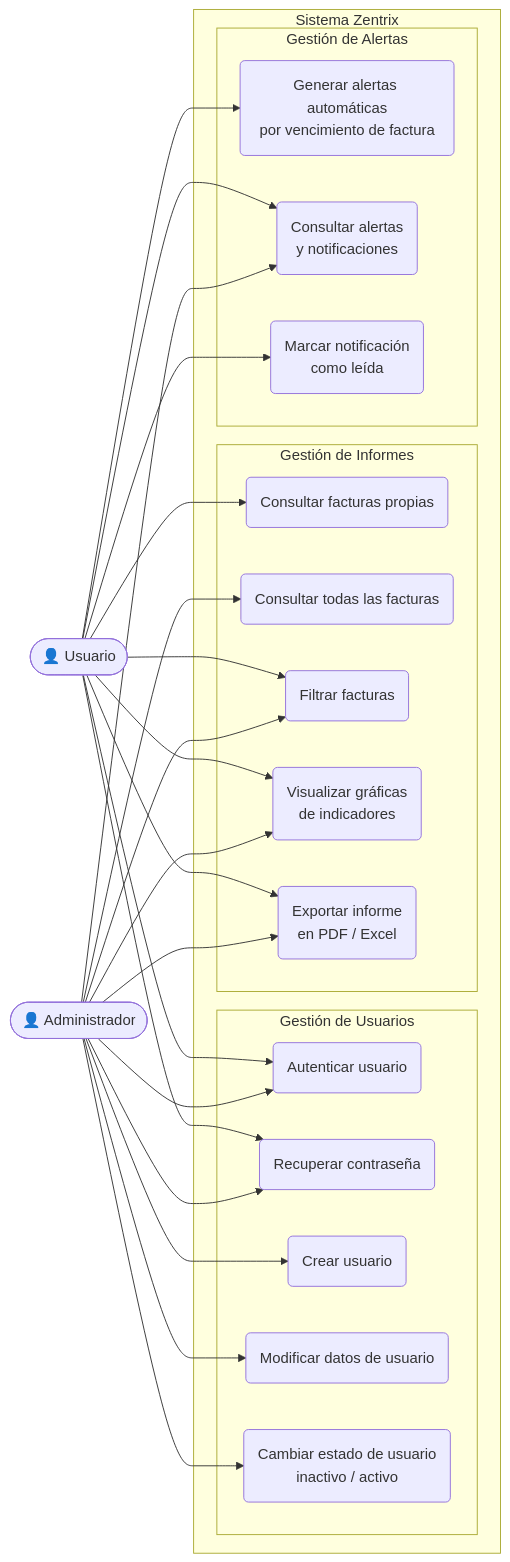
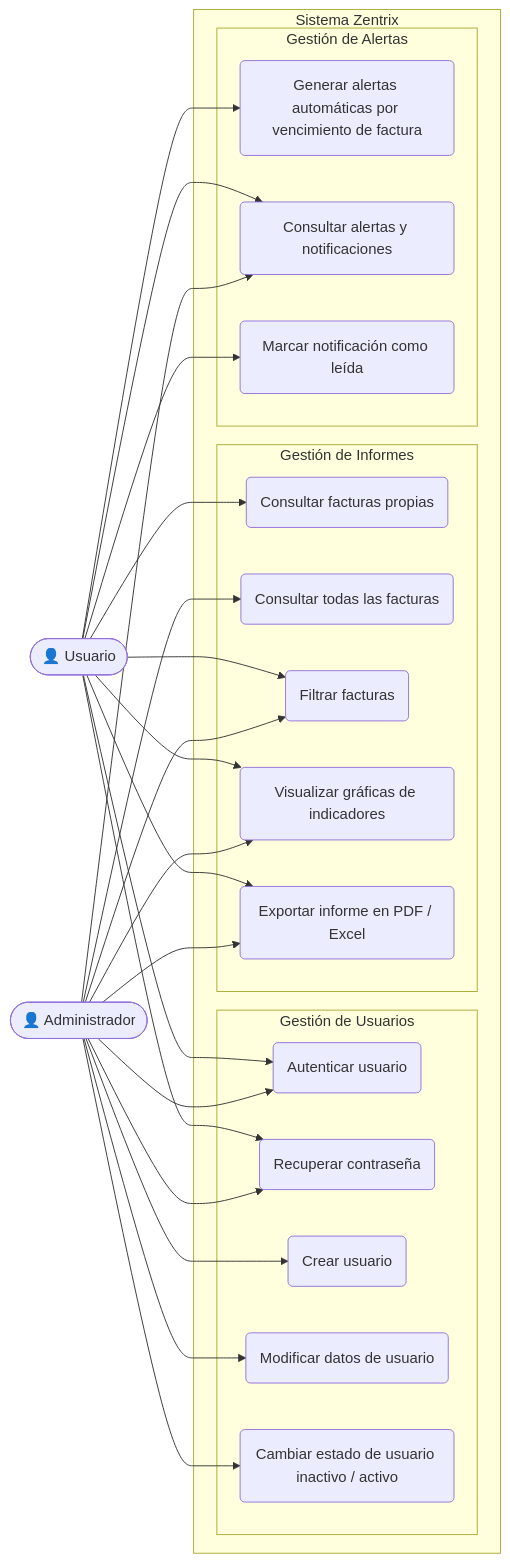
One commit to danielalvarezm527/Zentrix changed the diagram in docs/08-modelado-requisitos-sistema.md. Above: the diagram before and after it, drawn with Mermaid. The commit also changed 2 other files, not shown here.

````diff
--- a/docs/08-modelado-requisitos-sistema.md
+++ b/docs/08-modelado-requisitos-sistema.md
@@ -3,52 +3,52 @@
 ```mermaid
 graph LR
     Admin(["👤 Administrador"])
     User(["👤 Usuario"])
 
     subgraph Zentrix["  Sistema Zentrix  "]
 
         subgraph GU["Gestión de Usuarios"]
             RF01("Autenticar usuario")
             RF02("Recuperar contraseña")
             RF03("Crear usuario")
             RF04("Modificar datos de usuario")
-            RF05("Cambiar estado de usuario\ninactivo / activo")
+            RF05("Cambiar estado de usuario inactivo / activo")
         end
 
         subgraph GI["Gestión de Informes"]
             RF06("Consultar facturas propias")
             RF07("Consultar todas las facturas")
             RF08("Filtrar facturas")
-            RF09("Visualizar gráficas\nde indicadores")
-            RF10("Exportar informe\nen PDF / Excel")
+            RF09("Visualizar gráficas de indicadores")
+            RF10("Exportar informe en PDF / Excel")
         end
 
         subgraph GA["Gestión de Alertas"]
-            RF11("Generar alertas automáticas\npor vencimiento de factura")
-            RF12("Consultar alertas\ny notificaciones")
-            RF13("Marcar notificación\ncomo leída")
+            RF11("Generar alertas automáticas por vencimiento de factura")
+            RF12("Consultar alertas y notificaciones")
+            RF13("Marcar notificación como leída")
         end
 
     end
 
     Admin --> RF01
     Admin --> RF02
     Admin --> RF03
     Admin --> RF04
     Admin --> RF05
     Admin --> RF07
     Admin --> RF08
     Admin --> RF09
     Admin --> RF10
     Admin --> RF12
 
     User --> RF01
     User --> RF02
     User --> RF06
     User --> RF08
     User --> RF09
     User --> RF10
     User --> RF11
     User --> RF12
     User --> RF13
 ```
````
